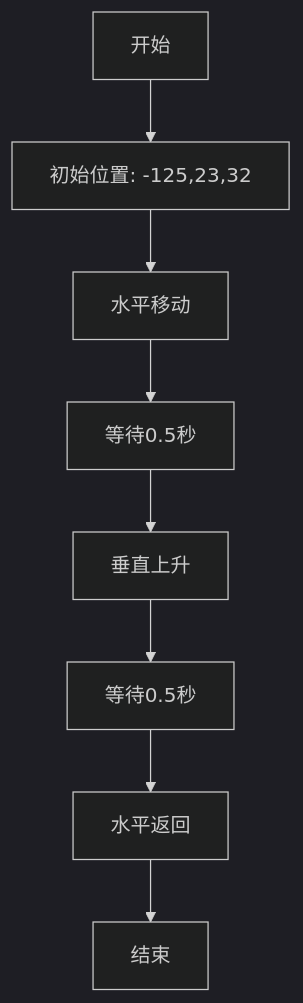
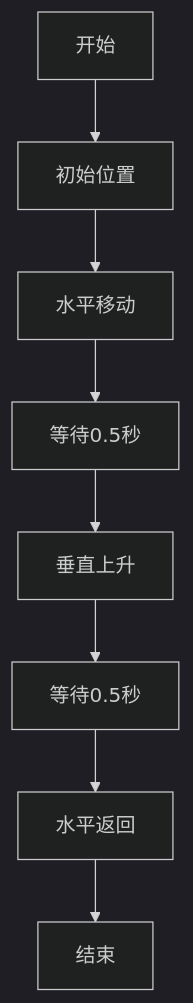
One commit to Mrmilu212/iodraw-files changed the diagram in all/未命名-1.md. Above: the diagram before and after it, drawn with Mermaid (dark theme).

Commit message:
2025-05-20 14:49:41 update

````diff
--- a/all/未命名-1.md
+++ b/all/未命名-1.md
@@ -1,10 +1,10 @@
 ```mermaid
 graph TD
-    A[开始] --> B[初始位置: -125,23,32]
+    A[开始] --> B[初始位置]
     B --> C[水平移动]
     C --> D[等待0.5秒]
     D --> E[垂直上升]
     E --> F[等待0.5秒]
     F --> G[水平返回]
     G --> H[结束]
 ```
````
